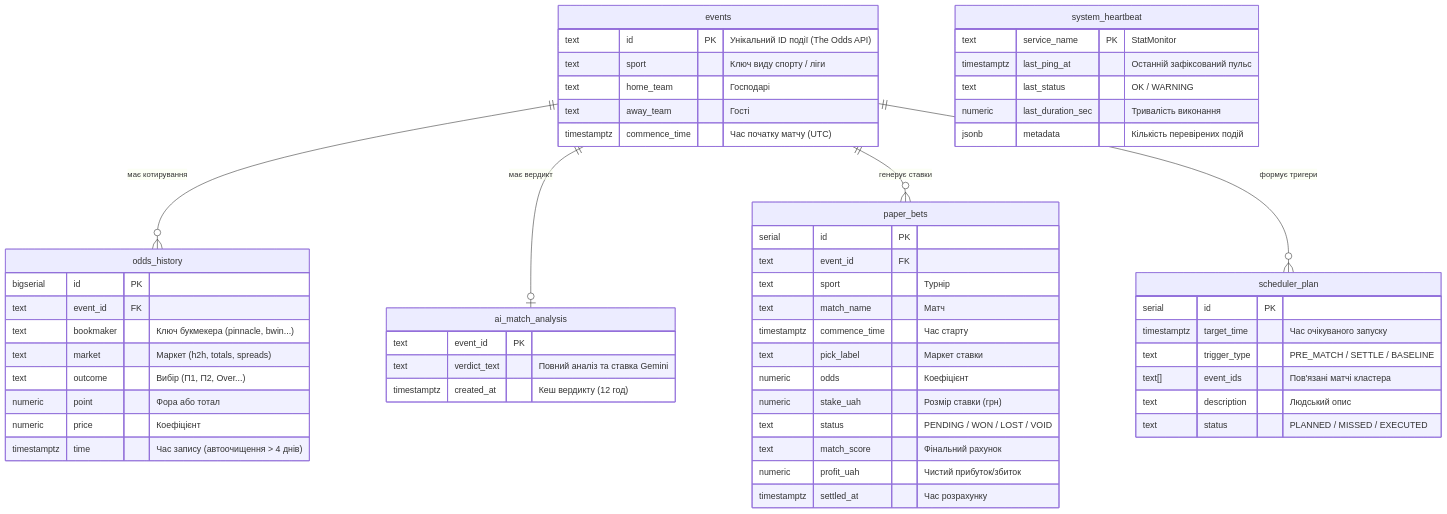
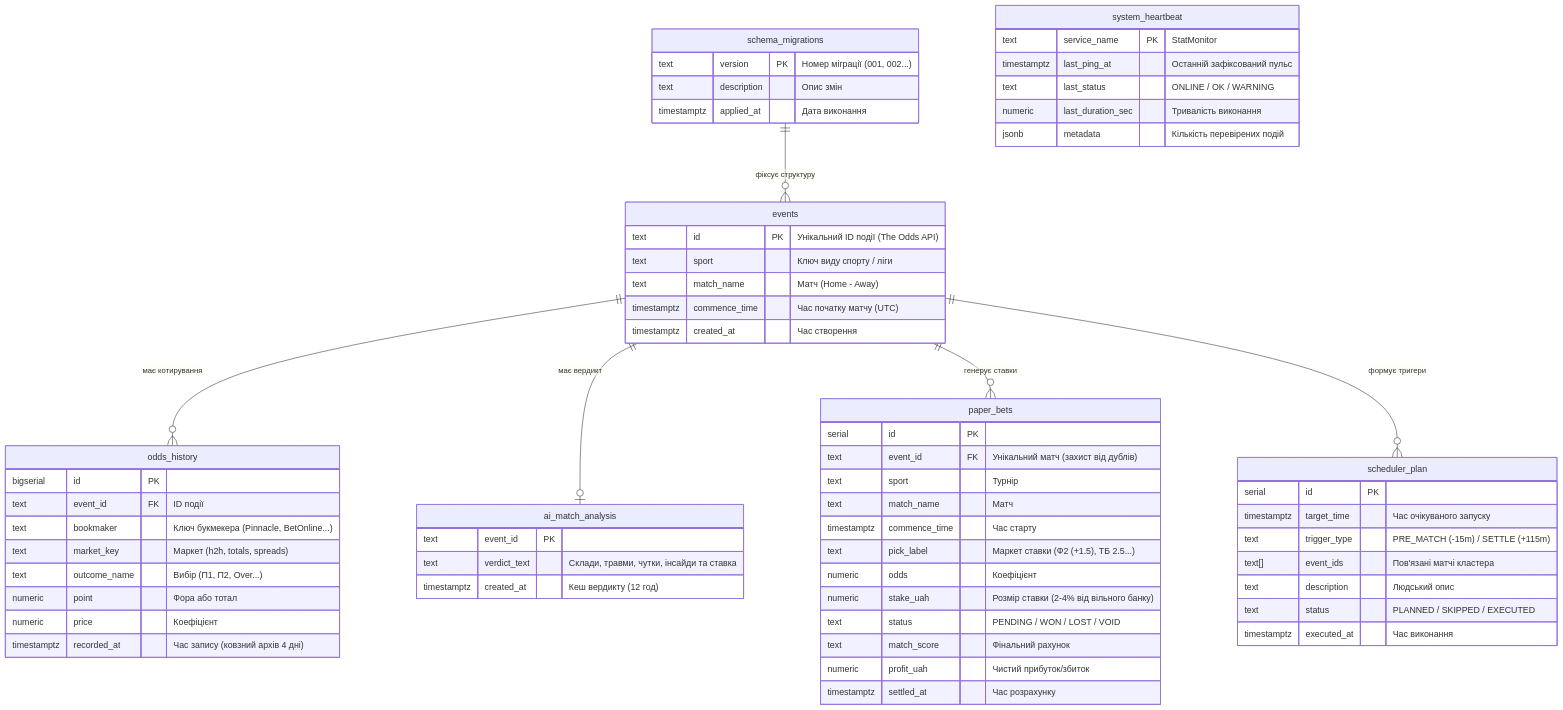
One commit to vsymchak/StatMonitor changed the second of 2 diagrams in docs/architecture.md. Above: the diagram before and after it, drawn with Mermaid. The commit also changed other lines of this file and 1 other file, not shown here.

Commit message:
docs: update architecture diagram and README with Web Dashboard, DB migrations, and Google Search Grounding

````diff
--- a/docs/architecture.md
+++ b/docs/architecture.md
@@ -102,64 +116,72 @@
 ```mermaid
 erDiagram
     events ||--o{ odds_history : "має котирування"
     events ||--o| ai_match_analysis : "має вердикт"
     events ||--o{ paper_bets : "генерує ставки"
     events ||--o{ scheduler_plan : "формує тригери"
+    schema_migrations ||--o{ events : "фіксує структуру"
+
+    schema_migrations {
+        text version PK "Номер міграції (001, 002...)"
+        text description "Опис змін"
+        timestamptz applied_at "Дата виконання"
+    }
 
     events {
         text id PK "Унікальний ID події (The Odds API)"
         text sport "Ключ виду спорту / ліги"
-        text home_team "Господарі"
-        text away_team "Гості"
+        text match_name "Матч (Home - Away)"
         timestamptz commence_time "Час початку матчу (UTC)"
+        timestamptz created_at "Час створення"
     }
 
     odds_history {
         bigserial id PK
-        text event_id FK
-        text bookmaker "Ключ букмекера (pinnacle, bwin...)"
-        text market "Маркет (h2h, totals, spreads)"
-        text outcome "Вибір (П1, П2, Over...)"
+        text event_id FK "ID події"
+        text bookmaker "Ключ букмекера (Pinnacle, BetOnline...)"
+        text market_key "Маркет (h2h, totals, spreads)"
+        text outcome_name "Вибір (П1, П2, Over...)"
         numeric point "Фора або тотал"
         numeric price "Коефіцієнт"
-        timestamptz time "Час запису (автоочищення > 4 днів)"
+        timestamptz recorded_at "Час запису (ковзний архів 4 дні)"
     }
 
     paper_bets {
         serial id PK
-        text event_id FK
+        text event_id FK "Унікальний матч (захист від дублів)"
         text sport "Турнір"
         text match_name "Матч"
         timestamptz commence_time "Час старту"
-        text pick_label "Маркет ставки"
+        text pick_label "Маркет ставки (Ф2 (+1.5), ТБ 2.5...)"
         numeric odds "Коефіцієнт"
-        numeric stake_uah "Розмір ставки (грн)"
+        numeric stake_uah "Розмір ставки (2-4% від вільного банку)"
         text status "PENDING / WON / LOST / VOID"
         text match_score "Фінальний рахунок"
         numeric profit_uah "Чистий прибуток/збиток"
         timestamptz settled_at "Час розрахунку"
     }
 
     ai_match_analysis {
         text event_id PK
-        text verdict_text "Повний аналіз та ставка Gemini"
+        text verdict_text "Склади, травми, чутки, інсайди та ставка"
         timestamptz created_at "Кеш вердикту (12 год)"
     }
 
     scheduler_plan {
         serial id PK
         timestamptz target_time "Час очікуваного запуску"
-        text trigger_type "PRE_MATCH / SETTLE / BASELINE"
+        text trigger_type "PRE_MATCH (-15m) / SETTLE (+115m)"
         text[] event_ids "Пов'язані матчі кластера"
         text description "Людський опис"
-        text status "PLANNED / MISSED / EXECUTED"
+        text status "PLANNED / SKIPPED / EXECUTED"
+        timestamptz executed_at "Час виконання"
     }
 
     system_heartbeat {
         text service_name PK "StatMonitor"
         timestamptz last_ping_at "Останній зафіксований пульс"
-        text last_status "OK / WARNING"
+        text last_status "ONLINE / OK / WARNING"
         numeric last_duration_sec "Тривалість виконання"
         jsonb metadata "Кількість перевірених подій"
     }
 ```
````
